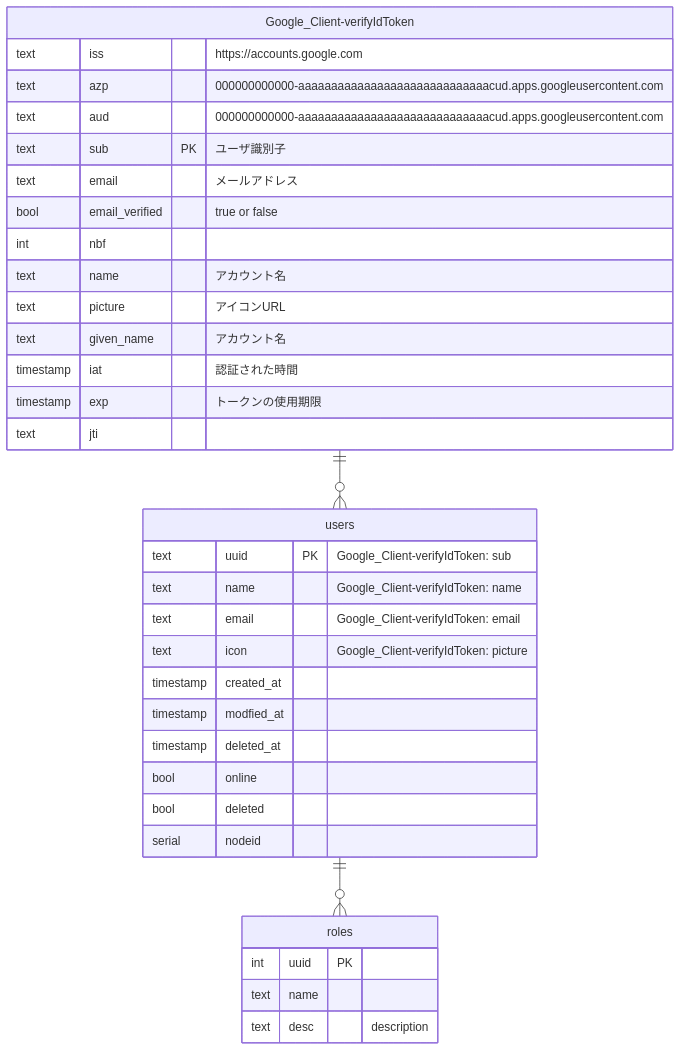
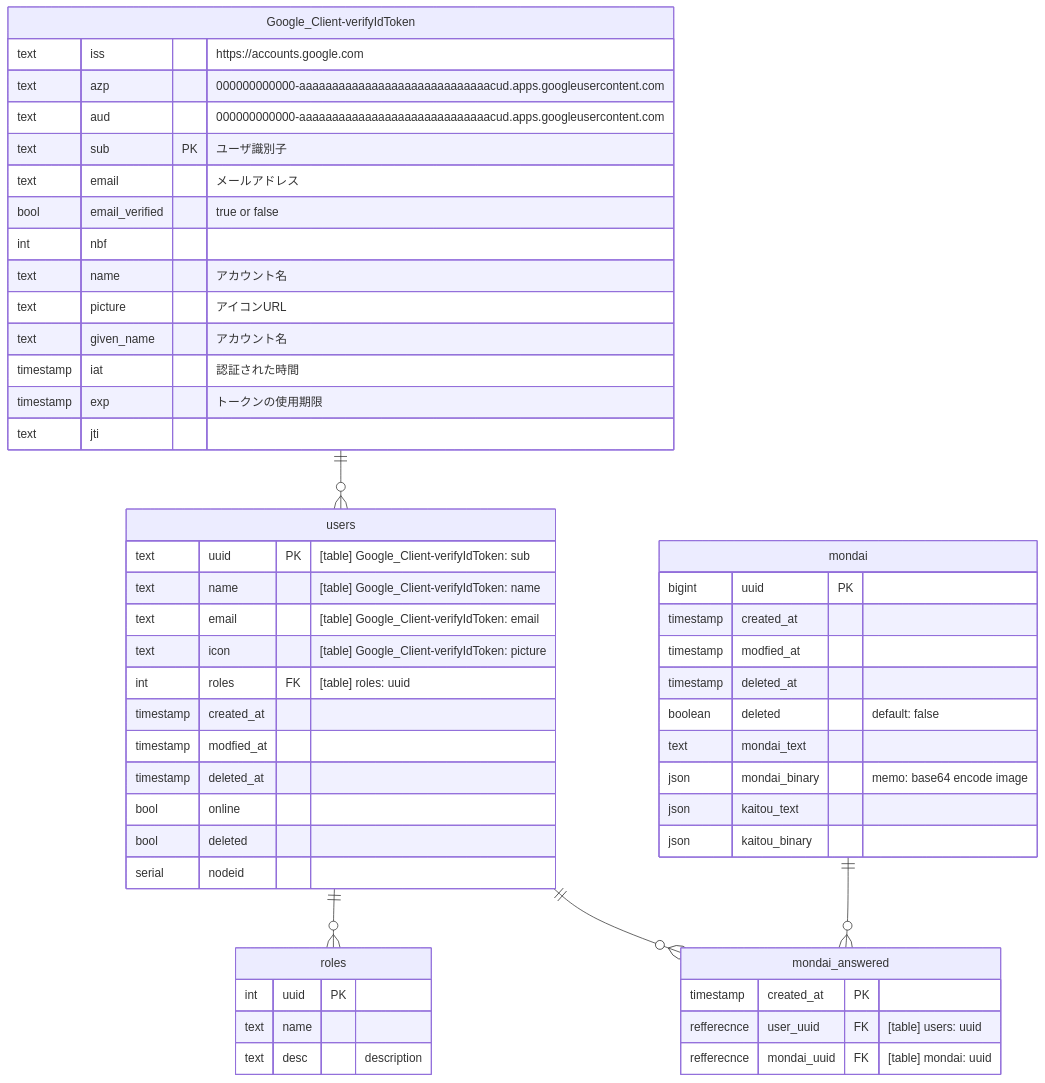
One commit to n138-kz/denkou-kakomon-dotcom changed the diagram in README.md. Above: the diagram before and after it, drawn with Mermaid.

````diff
--- a/README.md
+++ b/README.md
@@ -28,40 +26,61 @@
 ```mermaid
 erDiagram
 Google_Client-verifyIdToken ||--o{ users: ""
 users ||--o{ roles: "" 
+mondai ||--o{ mondai_answered: "" 
+users ||--o{ mondai_answered: "" 
 
 Google_Client-verifyIdToken {
     text iss "https://accounts.google.com"
     text azp "000000000000-aaaaaaaaaaaaaaaaaaaaaaaaaaaaacud.apps.googleusercontent.com"
     text aud "000000000000-aaaaaaaaaaaaaaaaaaaaaaaaaaaaacud.apps.googleusercontent.com"
     text sub PK "ユーザ識別子"
     text email "メールアドレス"
     bool email_verified "true or false"
     int nbf
     text name "アカウント名"
     text picture "アイコンURL"
     text given_name "アカウント名"
     timestamp iat "認証された時間"
     timestamp exp "トークンの使用期限"
     text jti
 }
 
 users {
-    text uuid PK "Google_Client-verifyIdToken: sub"
-    text name "Google_Client-verifyIdToken: name"
-    text email "Google_Client-verifyIdToken: email"
-    text icon "Google_Client-verifyIdToken: picture"
+    text uuid PK "[table] Google_Client-verifyIdToken: sub"
+    text name "[table] Google_Client-verifyIdToken: name"
+    text email "[table] Google_Client-verifyIdToken: email"
+    text icon "[table] Google_Client-verifyIdToken: picture"
+    int roles FK "[table] roles: uuid"
     timestamp created_at
     timestamp modfied_at
     timestamp deleted_at
     bool online
     bool deleted 
     serial nodeid
 }
 
 roles {
     int uuid PK
     text name
     text desc "description"
 }
+
+mondai {
+    bigint uuid PK
+    timestamp created_at
+    timestamp modfied_at
+    timestamp deleted_at
+    boolean deleted "default: false"
+    text mondai_text
+    json mondai_binary "memo: base64 encode image"
+    json kaitou_text
+    json kaitou_binary
+}
+
+mondai_answered {
+    timestamp created_at PK
+    refferecnce user_uuid FK "[table] users: uuid"
+    refferecnce mondai_uuid FK "[table] mondai: uuid"
+}
 ```
````
